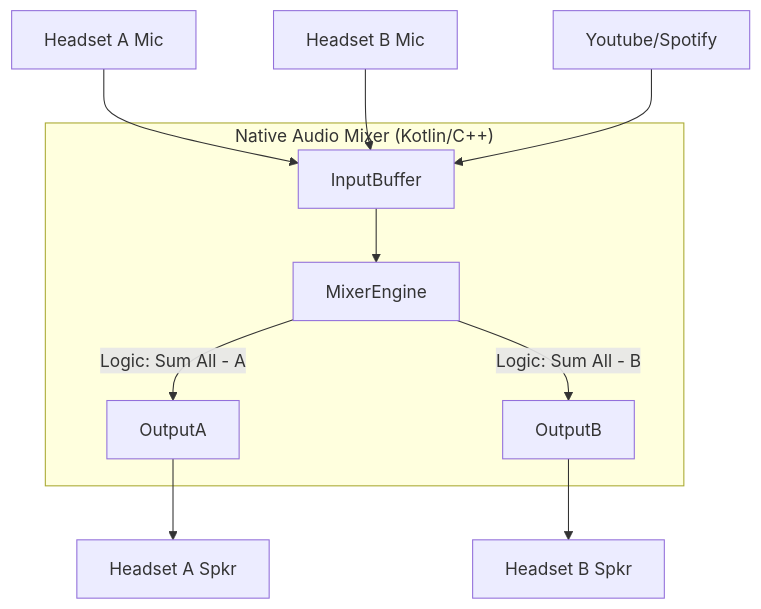
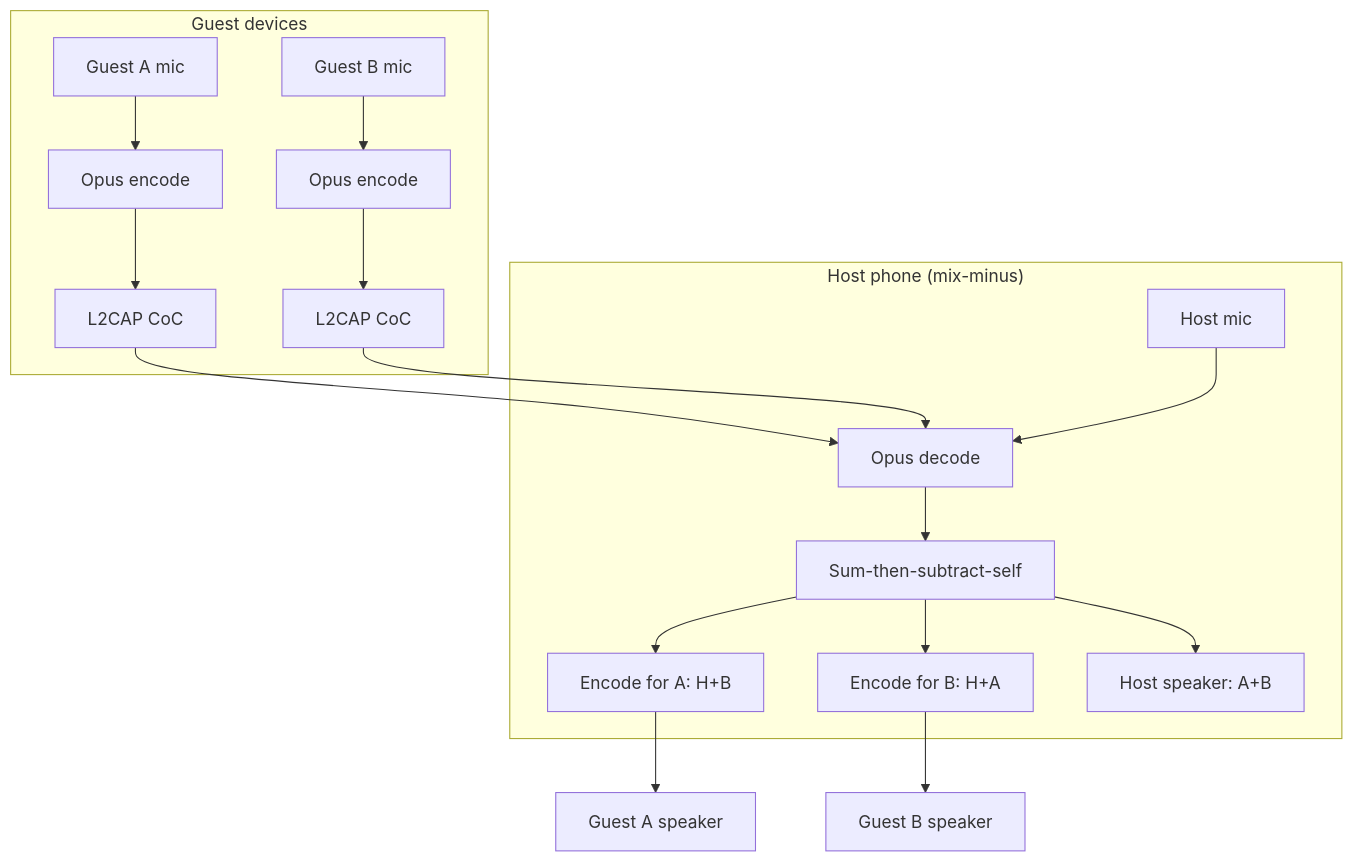
The second of 2 diagrams in README.md (ElodinLaarz/walkie-talkie), drawn with Mermaid before and after one commit. The commit also changed other lines of this file, not shown here.

````diff
--- a/README.md
+++ b/README.md
@@ -119,15 +144,22 @@
 ```mermaid
 graph TD
-    MicA[Headset A Mic] --> InputBuffer
-    MicB[Headset B Mic] --> InputBuffer
-    PhoneMedia[Youtube/Spotify] --> InputBuffer
-
-    subgraph "Native Audio Mixer (Kotlin/C++)"
-        InputBuffer --> MixerEngine
-        MixerEngine --> |Logic: Sum All - A| OutputA
-        MixerEngine --> |Logic: Sum All - B| OutputB
+    subgraph "Guest devices"
+        MicA[Guest A mic] --> OpusA[Opus encode]
+        MicB[Guest B mic] --> OpusB[Opus encode]
+        OpusA --> L2CAPInA[L2CAP CoC]
+        OpusB --> L2CAPInB[L2CAP CoC]
     end
 
-    OutputA --> SpeakerA[Headset A Spkr]
-    OutputB --> SpeakerB[Headset B Spkr]
+    subgraph "Host phone (mix-minus)"
+        L2CAPInA --> Decode[Opus decode]
+        L2CAPInB --> Decode
+        MicH[Host mic] --> Decode
+        Decode --> Mixer[Sum-then-subtract-self]
+        Mixer --> EncA[Encode for A: H+B]
+        Mixer --> EncB[Encode for B: H+A]
+        Mixer --> SpkH[Host speaker: A+B]
+    end
+
+    EncA --> SpkA[Guest A speaker]
+    EncB --> SpkB[Guest B speaker]
 ```
````
